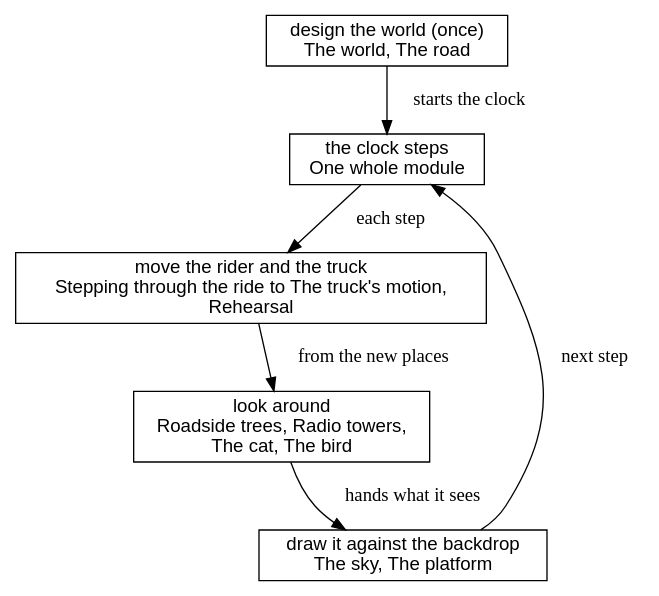
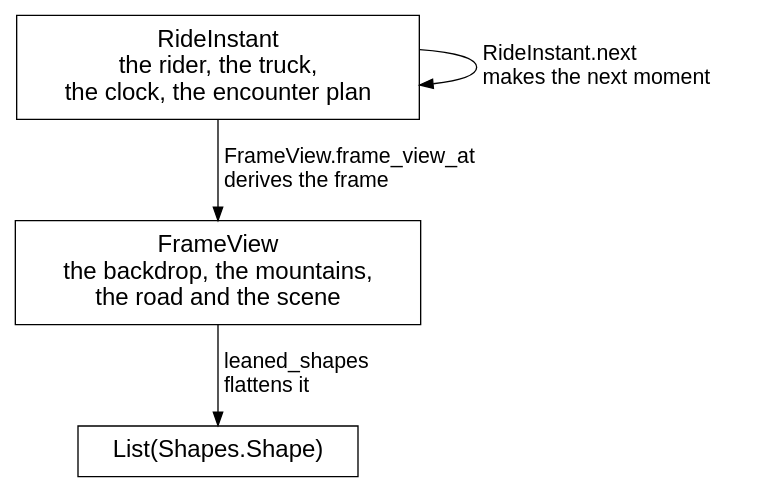
Diagram 18 of 24 in canvas_apps/safari/tutorial/tutorial.md (showell/roc-apps), drawn with Graphviz before and after one commit. The commit also changed other lines of this file and 4 other files, not shown here.

````diff
--- a/canvas_apps/safari/tutorial/tutorial.md
+++ b/canvas_apps/safari/tutorial/tutorial.md
@@ -2911,15 +2699,15 @@
 ```dot
-digraph opened {
-  node [shape=box, fontname="Helvetica"];
-  world [label="design the world (once)\nThe world, The road"];
-  tick [label="the clock steps\nOne whole module"];
-  move [label="move the rider and the truck\nStepping through the ride to The truck's motion,\nRehearsal"];
-  look [label="look around\nRoadside trees, Radio towers,\nThe cat, The bird"];
-  draw [label="draw it against the backdrop\nThe sky, The platform"];
-  world -> tick [label="  starts the clock"];
-  tick -> move [label="  each step"];
-  move -> look [label="  from the new places"];
-  look -> draw [label="  hands what it sees"];
-  draw -> tick [label="  next step"];
+digraph loop {
+  rankdir=TB;
+  nodesep=0.6;
+  ranksep=0.55;
+  node [shape=box, fontname="Helvetica", fontsize=18, margin="0.25,0.12"];
+  edge [fontname="Helvetica", fontsize=16];
+  instant [label="RideInstant\nthe rider, the truck,\nthe clock, the encounter plan"];
+  view [label="FrameView\nthe backdrop, the mountains,\nthe road and the scene"];
+  shapes [label="List(Shapes.Shape)"];
+  instant -> view [label="  FrameView.frame_view_at\l  derives the frame\l"];
+  view -> shapes [label="  leaned_shapes\l  flattens it\l"];
+  instant -> instant [label="  RideInstant.next\l  makes the next moment\l"];
 }
 ```
````
